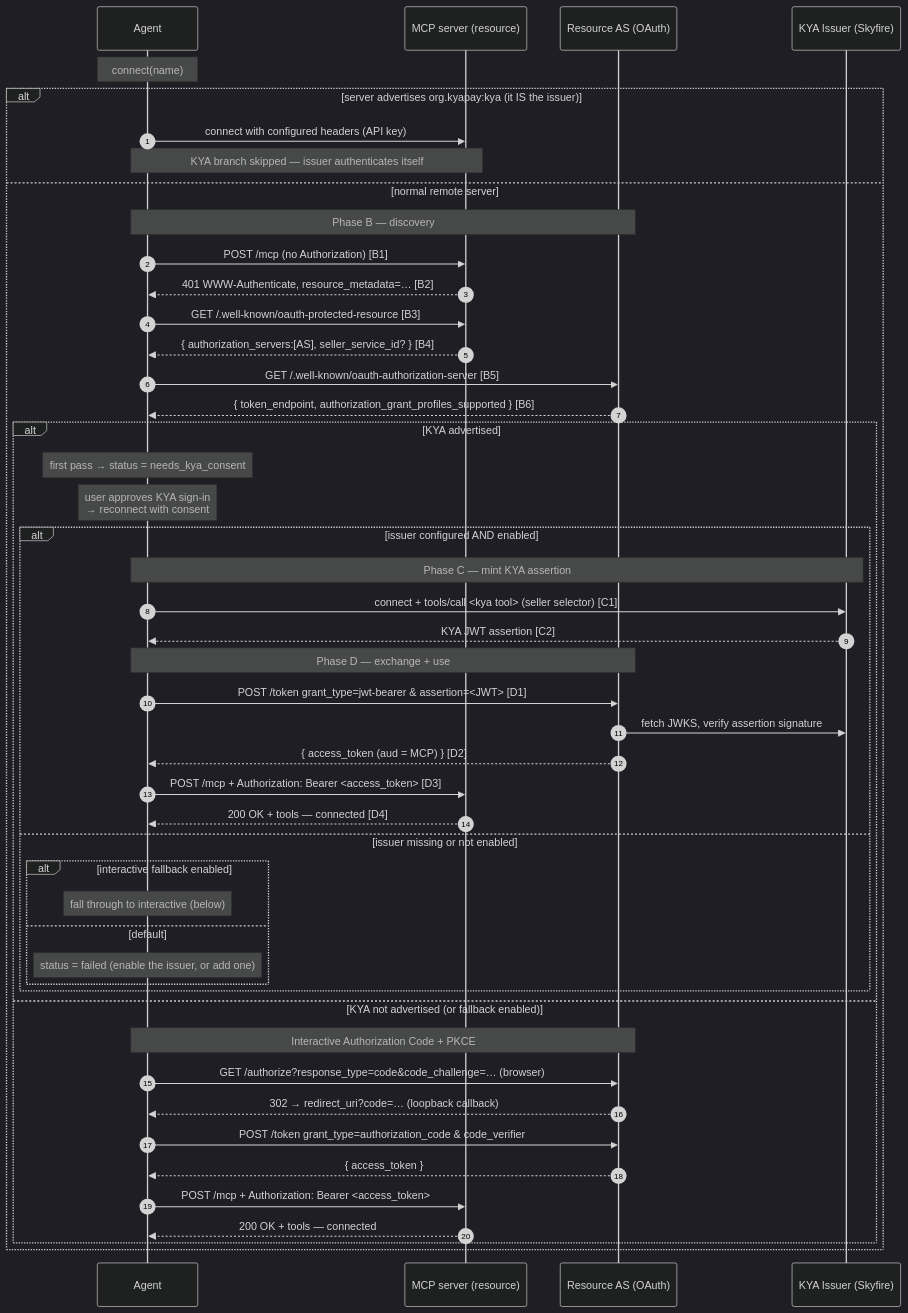
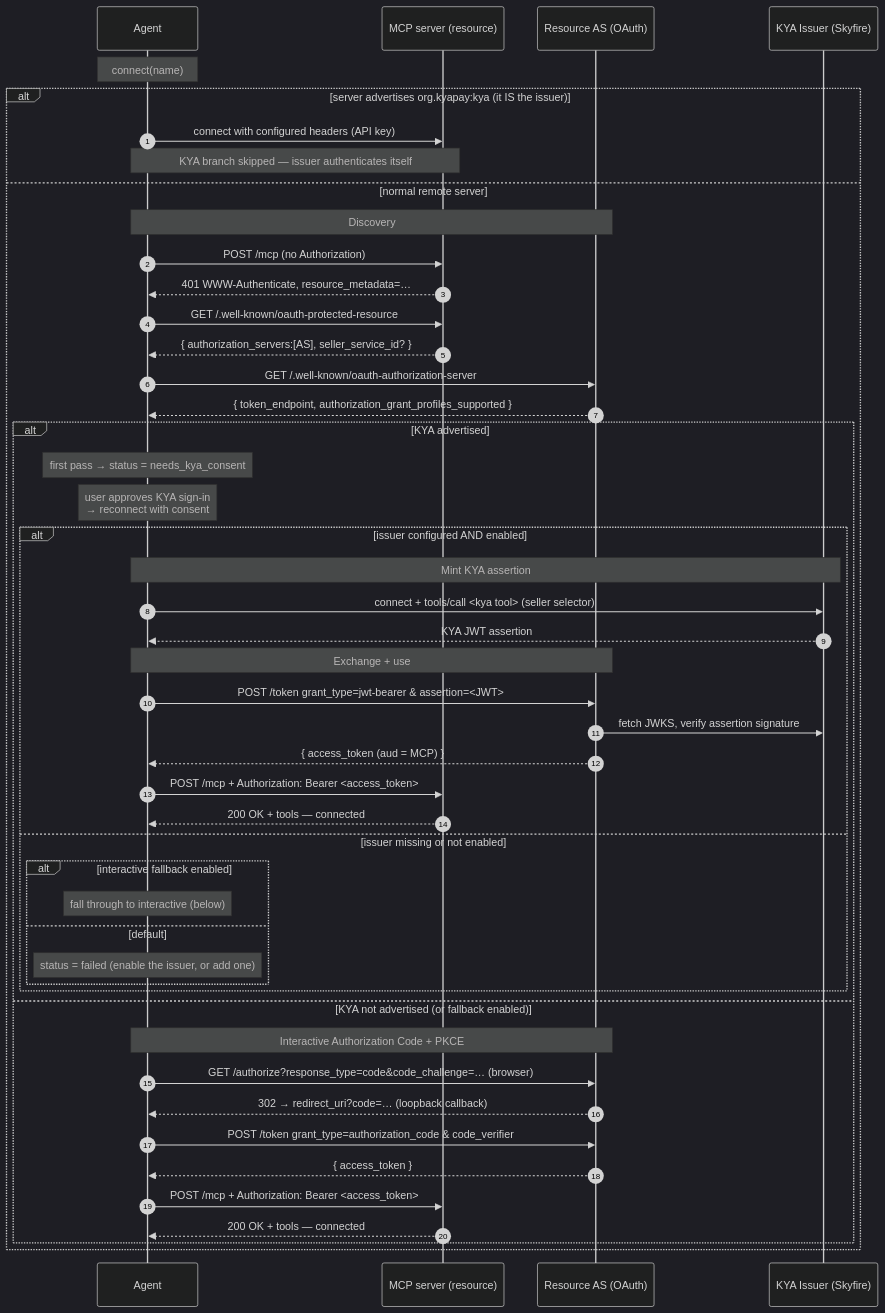
One commit to skyfire-xyz/opencode changed the diagram in docs/KYA-TECH-SPEC.md. Above: the diagram before and after it, drawn with Mermaid (dark theme). The commit also changed other lines of this file and 2 other files, not shown here.

````diff
--- a/docs/KYA-TECH-SPEC.md
+++ b/docs/KYA-TECH-SPEC.md
@@ -654,53 +650,53 @@
 ```mermaid
 sequenceDiagram
     autonumber
     participant A as Agent
     participant M as MCP server (resource)
     participant AS as Resource AS (OAuth)
     participant I as KYA Issuer (Skyfire)
 
     Note over A: connect(name)
 
     alt server advertises org.kyapay:kya (it IS the issuer)
         A->>M: connect with configured headers (API key)
         Note over A,M: KYA branch skipped — issuer authenticates itself
     else normal remote server
-        Note over A,AS: Phase B — discovery
-        A->>M: POST /mcp (no Authorization) [B1]
-        M-->>A: 401 WWW-Authenticate, resource_metadata=… [B2]
-        A->>M: GET /.well-known/oauth-protected-resource [B3]
-        M-->>A: { authorization_servers:[AS], seller_service_id? } [B4]
-        A->>AS: GET /.well-known/oauth-authorization-server [B5]
-        AS-->>A: { token_endpoint, authorization_grant_profiles_supported } [B6]
+        Note over A,AS: Discovery
+        A->>M: POST /mcp (no Authorization)
+        M-->>A: 401 WWW-Authenticate, resource_metadata=…
+        A->>M: GET /.well-known/oauth-protected-resource
+        M-->>A: { authorization_servers:[AS], seller_service_id? }
+        A->>AS: GET /.well-known/oauth-authorization-server
+        AS-->>A: { token_endpoint, authorization_grant_profiles_supported }
 
         alt KYA advertised
             Note over A: first pass → status = needs_kya_consent
             Note over A: user approves KYA sign-in<br/>→ reconnect with consent
             alt issuer configured AND enabled
-                Note over A,I: Phase C — mint KYA assertion
-                A->>I: connect + tools/call <kya tool> (seller selector) [C1]
-                I-->>A: KYA JWT assertion [C2]
-                Note over A,AS: Phase D — exchange + use
-                A->>AS: POST /token grant_type=jwt-bearer & assertion=<JWT> [D1]
+                Note over A,I: Mint KYA assertion
+                A->>I: connect + tools/call <kya tool> (seller selector)
+                I-->>A: KYA JWT assertion
+                Note over A,AS: Exchange + use
+                A->>AS: POST /token grant_type=jwt-bearer & assertion=<JWT>
                 AS->>I: fetch JWKS, verify assertion signature
-                AS-->>A: { access_token (aud = MCP) } [D2]
-                A->>M: POST /mcp + Authorization: Bearer <access_token> [D3]
-                M-->>A: 200 OK + tools — connected [D4]
+                AS-->>A: { access_token (aud = MCP) }
+                A->>M: POST /mcp + Authorization: Bearer <access_token>
+                M-->>A: 200 OK + tools — connected
             else issuer missing or not enabled
                 alt interactive fallback enabled
                     Note over A: fall through to interactive (below)
                 else default
                     Note over A: status = failed (enable the issuer, or add one)
                 end
             end
         else KYA not advertised (or fallback enabled)
             Note over A,AS: Interactive Authorization Code + PKCE
             A->>AS: GET /authorize?response_type=code&code_challenge=… (browser)
             AS-->>A: 302 → redirect_uri?code=… (loopback callback)
             A->>AS: POST /token grant_type=authorization_code & code_verifier
             AS-->>A: { access_token }
             A->>M: POST /mcp + Authorization: Bearer <access_token>
             M-->>A: 200 OK + tools — connected
         end
     end
 ```
````
